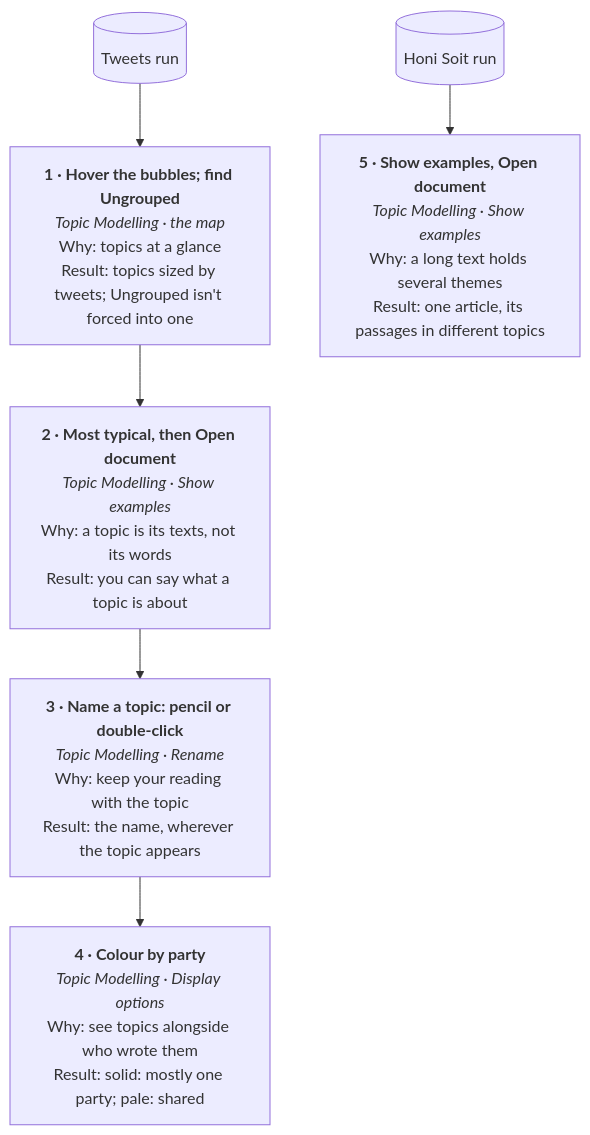
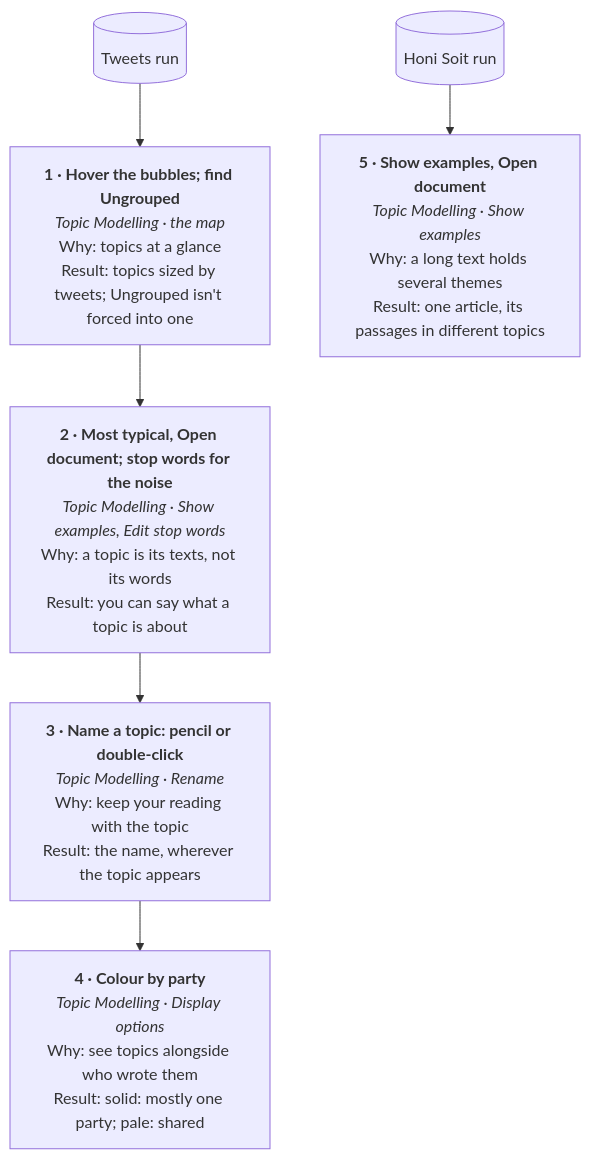
One commit to milysun/wordflow-workshop changed the third of 4 diagrams in participant/hands-on-melbourne.md. Above: the diagram before and after it, drawn with Mermaid. The commit also changed other lines of this file and 8 other files, not shown here.

````diff
--- a/participant/hands-on-melbourne.md
+++ b/participant/hands-on-melbourne.md
@@ -165,27 +167,27 @@
 ```mermaid
 flowchart TD
   src[("Tweets run")]
   s1["`**1 · Hover the bubbles; find Ungrouped**
 *Topic Modelling · the map*
 Why: topics at a glance
 Result: topics sized by tweets; Ungrouped isn't forced into one`"]
-  s2["`**2 · Most typical, then Open document**
-*Topic Modelling · Show examples*
+  s2["`**2 · Most typical, Open document; stop words for the noise**
+*Topic Modelling · Show examples, Edit stop words*
 Why: a topic is its texts, not its words
 Result: you can say what a topic is about`"]
   s3["`**3 · Name a topic: pencil or double-click**
 *Topic Modelling · Rename*
 Why: keep your reading with the topic
 Result: the name, wherever the topic appears`"]
   s4["`**4 · Colour by party**
 *Topic Modelling · Display options*
 Why: see topics alongside who wrote them
 Result: solid: mostly one party; pale: shared`"]
   honi[("Honi Soit run")]
   s5["`**5 · Show examples, Open document**
 *Topic Modelling · Show examples*
 Why: a long text holds several themes
 Result: one article, its passages in different topics`"]
   src --> s1 --> s2 --> s3 --> s4
   honi --> s5
 ```
````
